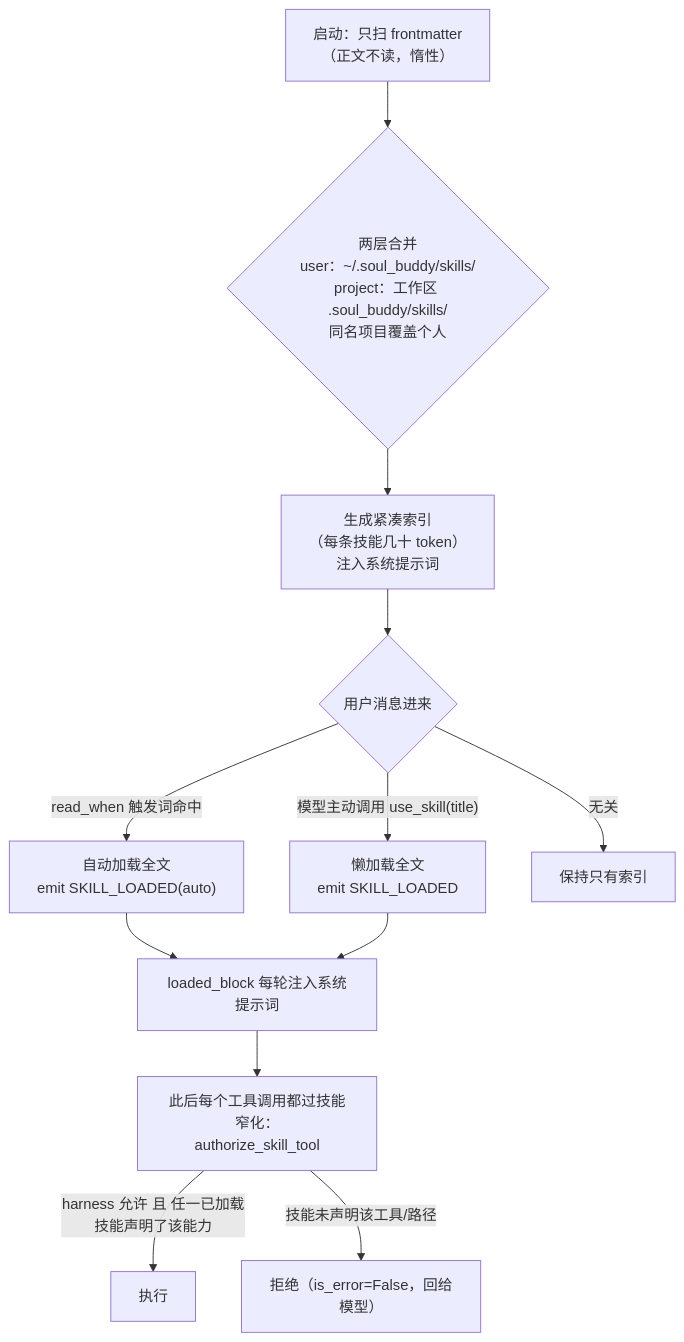
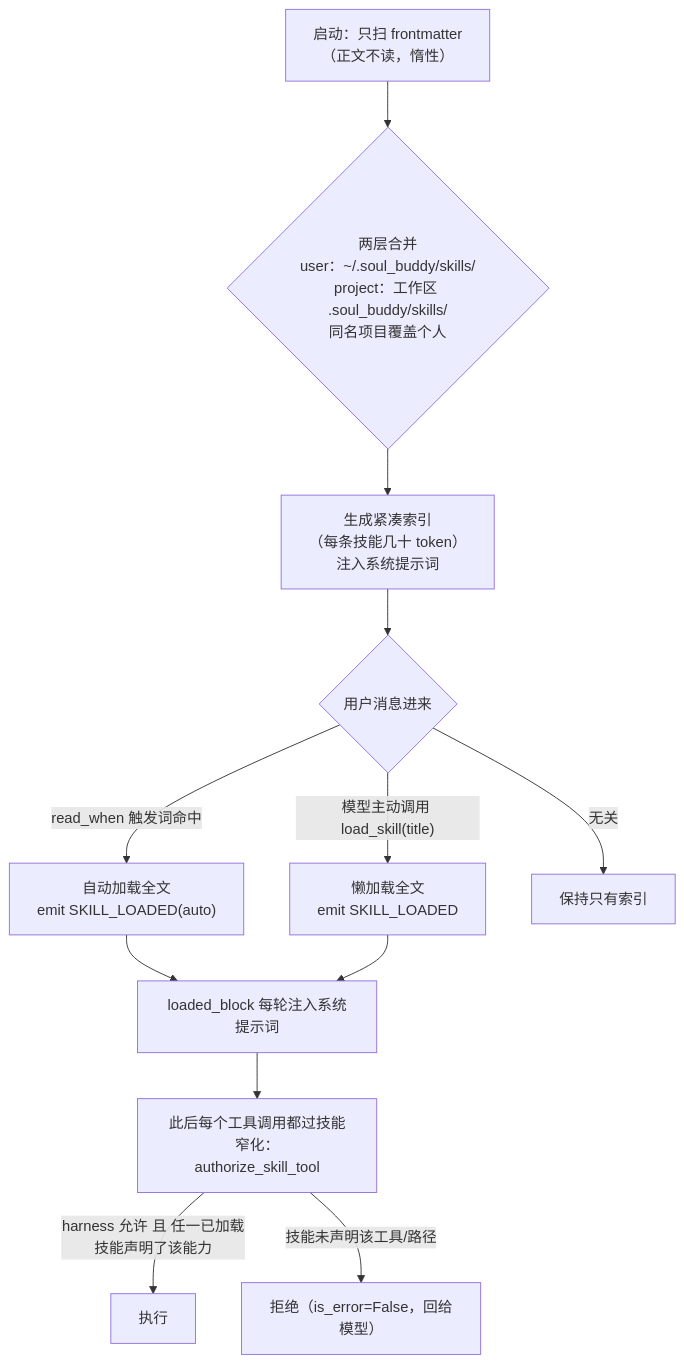
Before and after one commit to andyxu1234/soul_buddy: the first of 4 diagrams in docs/architecture-design/skills-and-mcp.md, drawn with Mermaid. The commit also changed 26 other files, not shown here.

Commit message:
refactor(skills): 重命名 use_skill 工具为 load_skill

````diff
--- a/docs/architecture-design/skills-and-mcp.md
+++ b/docs/architecture-design/skills-and-mcp.md
@@ -33,14 +33,14 @@
 ```mermaid
 flowchart TD
     S1["启动：只扫 frontmatter<br/>（正文不读，惰性）"] --> S2{"两层合并<br/>user：~/.soul_buddy/skills/<br/>project：工作区 .soul_buddy/skills/<br/>同名项目覆盖个人"}
     S2 --> S3["生成紧凑索引<br/>（每条技能几十 token）<br/>注入系统提示词"]
     S3 --> M1{"用户消息进来"}
     M1 -- "read_when 触发词命中" --> A1["自动加载全文<br/>emit SKILL_LOADED(auto)"]
-    M1 -- "模型主动调用 use_skill(title)" --> A2["懒加载全文<br/>emit SKILL_LOADED"]
+    M1 -- "模型主动调用 load_skill(title)" --> A2["懒加载全文<br/>emit SKILL_LOADED"]
     M1 -- "无关" --> M2["保持只有索引"]
     A1 --> L1["loaded_block 每轮注入系统提示词"]
     A2 --> L1
     L1 --> G1["此后每个工具调用都过技能窄化：<br/>authorize_skill_tool"]
     G1 -- "harness 允许 且 任一已加载技能声明了该能力" --> OK["执行"]
     G1 -- "技能未声明该工具/路径" --> NO["拒绝（is_error=False，回给模型）"]
 ```
````
